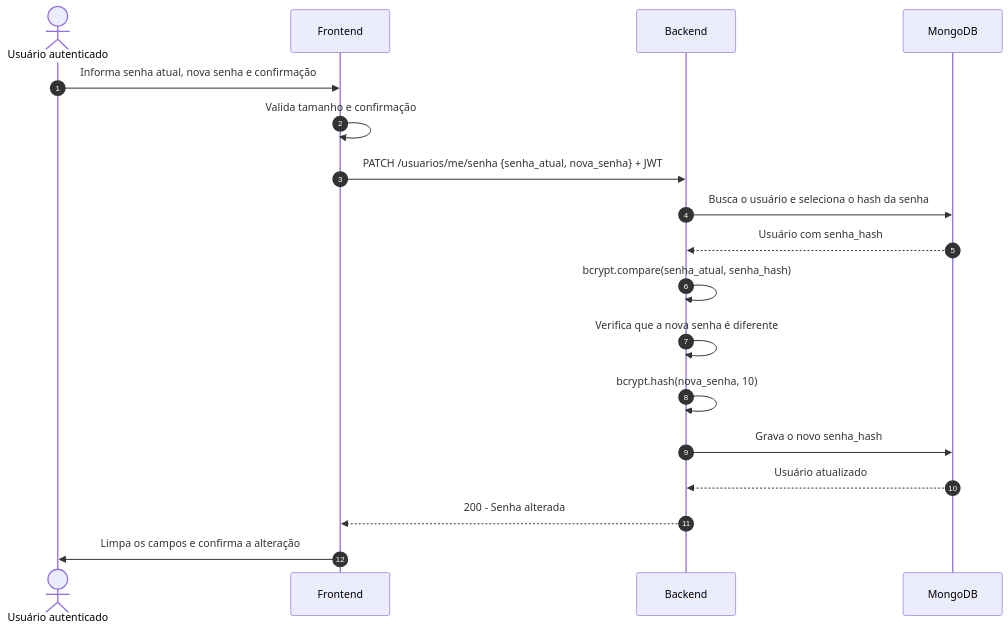
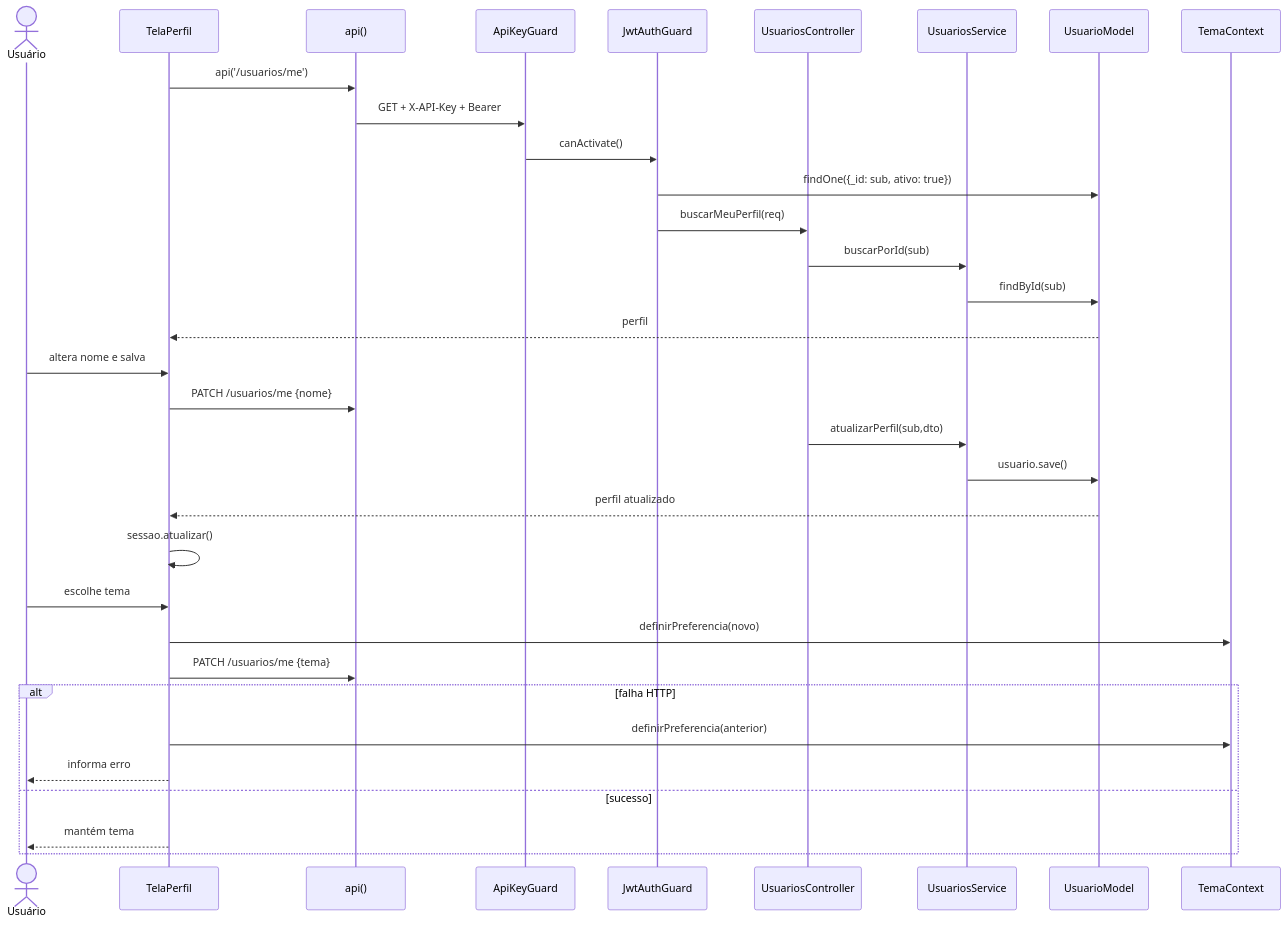
One commit to Conecta-IFSP/DOCUMENTATION changed the first of 5 diagrams in 2 - Incremento1/configuracoes-usuario/6 - diagramas-sequencia-configuracoes-usuario.md. Above: the diagram before and after it, drawn with Mermaid. The commit also changed other lines of this file and 43 other files, not shown here.

````diff
--- a/2 - Incremento1/configuracoes-usuario/6 - diagramas-sequencia-configuracoes-usuario.md
+++ b/2 - Incremento1/configuracoes-usuario/6 - diagramas-sequencia-configuracoes-usuario.md
@@ -5,21 +7,36 @@
 ```mermaid
 sequenceDiagram
-    autonumber
-    actor Usuario as Usuário autenticado
-    participant Front as Frontend
-    participant API as Backend
-    participant DB as MongoDB
+    actor U as Usuário
+    participant T as TelaPerfil
+    participant A as api()
+    participant K as ApiKeyGuard
+    participant J as JwtAuthGuard
+    participant C as UsuariosController
+    participant S as UsuariosService
+    participant M as UsuarioModel
+    participant TC as TemaContext
 
-    Usuario->>Front: Informa senha atual, nova senha e confirmação
-    Front->>Front: Valida tamanho e confirmação
-    Front->>API: PATCH /usuarios/me/senha {senha_atual, nova_senha} + JWT
-    API->>DB: Busca o usuário e seleciona o hash da senha
-    DB-->>API: Usuário com senha_hash
-    API->>API: bcrypt.compare(senha_atual, senha_hash)
-    API->>API: Verifica que a nova senha é diferente
-    API->>API: bcrypt.hash(nova_senha, 10)
-    API->>DB: Grava o novo senha_hash
-    DB-->>API: Usuário atualizado
-    API-->>Front: 200 - Senha alterada
-    Front->>Usuario: Limpa os campos e confirma a alteração
+    T->>A: api('/usuarios/me')
+    A->>K: GET + X-API-Key + Bearer
+    K->>J: canActivate()
+    J->>M: findOne({_id: sub, ativo: true})
+    J->>C: buscarMeuPerfil(req)
+    C->>S: buscarPorId(sub)
+    S->>M: findById(sub)
+    M-->>T: perfil
+    U->>T: altera nome e salva
+    T->>A: PATCH /usuarios/me {nome}
+    C->>S: atualizarPerfil(sub,dto)
+    S->>M: usuario.save()
+    M-->>T: perfil atualizado
+    T->>T: sessao.atualizar()
+    U->>T: escolhe tema
+    T->>TC: definirPreferencia(novo)
+    T->>A: PATCH /usuarios/me {tema}
+    alt falha HTTP
+        T->>TC: definirPreferencia(anterior)
+        T-->>U: informa erro
+    else sucesso
+        T-->>U: mantém tema
+    end
 ```
````
